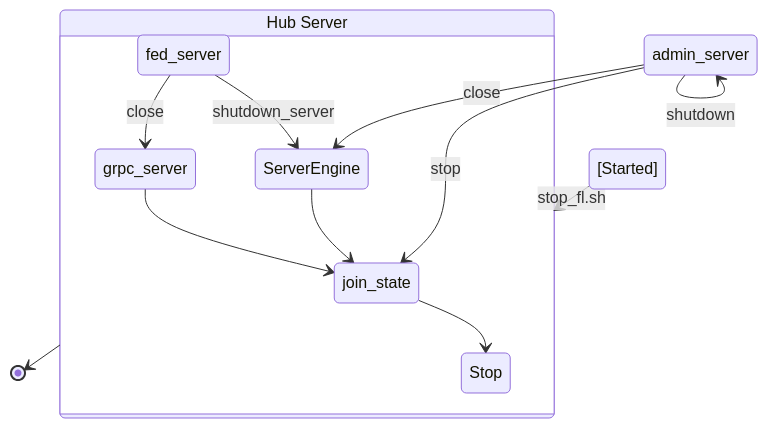
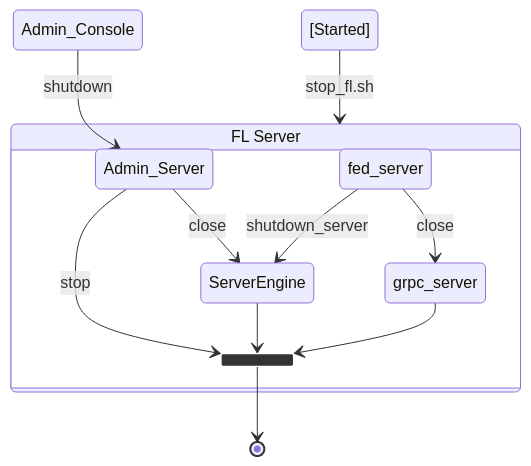
The second of 9 diagrams in docs/system_state_and_flow/system_workflow.md (hitesh-ag1/NVFlare), drawn with Mermaid before and after one commit. The commit also changed other lines of this file, not shown here.

Commit message:
update client side process workflow sequence diagram

````diff
--- a/docs/system_state_and_flow/system_workflow.md
+++ b/docs/system_state_and_flow/system_workflow.md
@@ -52,18 +58,19 @@
 ```mermaid
 stateDiagram-v2
-    Hub_Server: Hub Server
-    [Started] --> Hub_Server: stop_fl.sh
-    admin_server --> admin_server: shutdown
-    admin_server --> join_state: stop
-    admin_server --> ServerEngine: close
-    state Hub_Server {
-        state join_state <<join>>
+    FL_Server: FL Server
+    [Started] --> FL_Server: stop_fl.sh
+    Admin_Console --> Admin_Server: shutdown
+    state join_state <<join>>
+    state FL_Server {
+        Admin_Server --> join_state: stop
+        Admin_Server --> ServerEngine: close
+        
         grpc_server --> join_state 
         fed_server --> ServerEngine:shutdown_server
         fed_server --> grpc_server:close
         ServerEngine --> join_state 
-        join_state --> Stop    
+    
        
     }
-    Hub_Server --> [*]
+    join_state --> [*]
 ```
````
